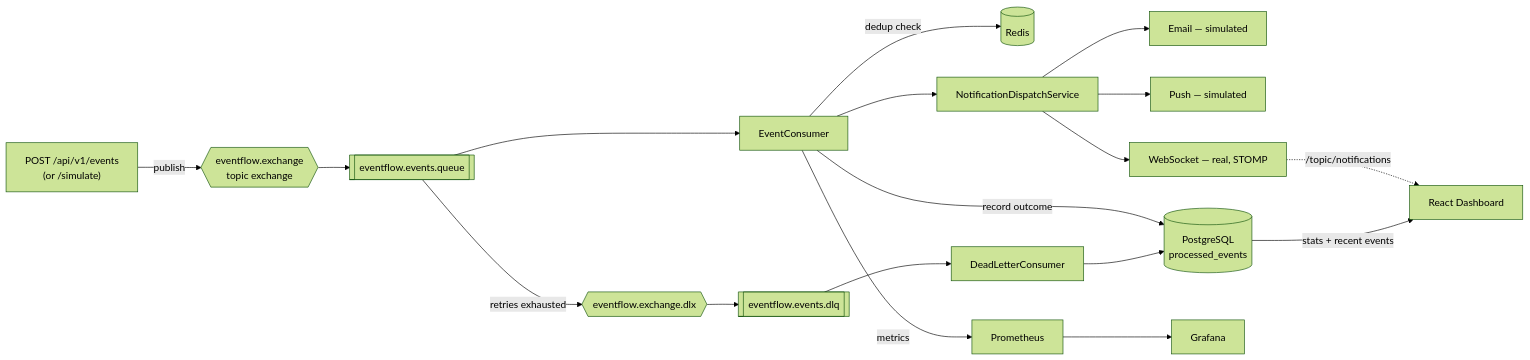
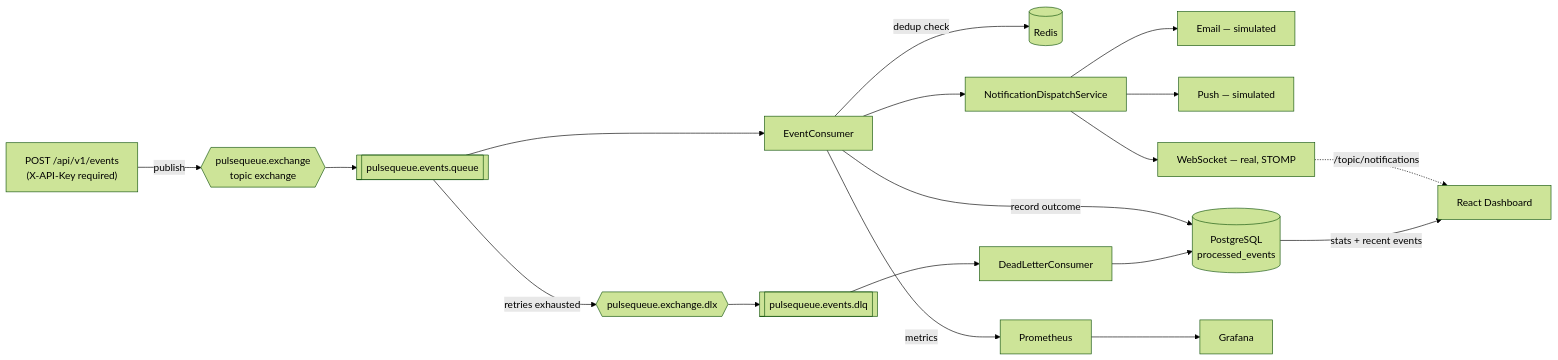
Before and after one commit to duanjesus/eventflow: the diagram in README.md, drawn with Mermaid (forest theme). The commit also changed other lines of this file and 111 other files, not shown here.

````diff
--- a/README.md
+++ b/README.md
@@ -112,19 +135,19 @@
 ```mermaid
 flowchart LR
-    Producer["POST /api/v1/events<br/>(or /simulate)"] -->|publish| Exchange{{eventflow.exchange<br/>topic exchange}}
-    Exchange --> Queue[["eventflow.events.queue"]]
+    Producer["POST /api/v1/events<br/>(X-API-Key required)"] -->|publish| Exchange{{pulsequeue.exchange<br/>topic exchange}}
+    Exchange --> Queue[["pulsequeue.events.queue"]]
     Queue --> Consumer[EventConsumer]
     Consumer -->|dedup check| Redis[(Redis)]
     Consumer --> Dispatch[NotificationDispatchService]
     Dispatch --> Email[Email — simulated]
     Dispatch --> Push[Push — simulated]
     Dispatch --> WS[WebSocket — real, STOMP]
     Consumer -->|record outcome| DB[(PostgreSQL<br/>processed_events)]
-    Queue -->|retries exhausted| DLX{{eventflow.exchange.dlx}}
-    DLX --> DLQ[["eventflow.events.dlq"]]
+    Queue -->|retries exhausted| DLX{{pulsequeue.exchange.dlx}}
+    DLX --> DLQ[["pulsequeue.events.dlq"]]
     DLQ --> DeadLetterConsumer --> DB
     Consumer -->|metrics| Prom[Prometheus]
     Prom --> Grafana
     WS -.->|/topic/notifications| Dashboard[React Dashboard]
     DB -->|stats + recent events| Dashboard
 ```
````
